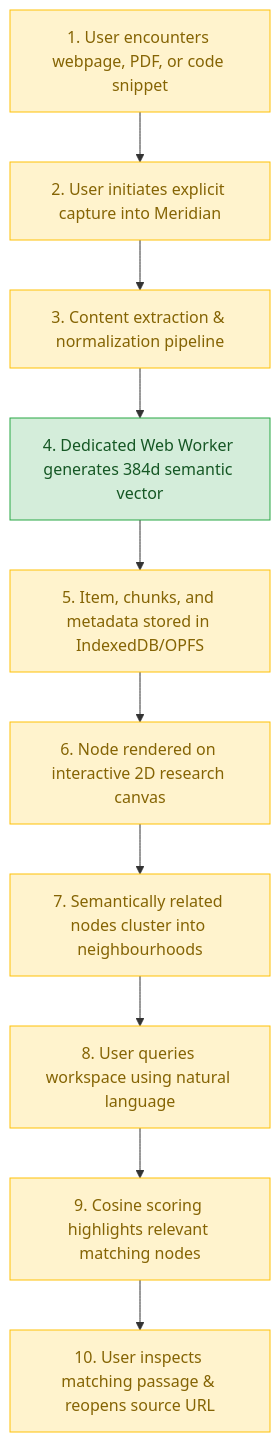
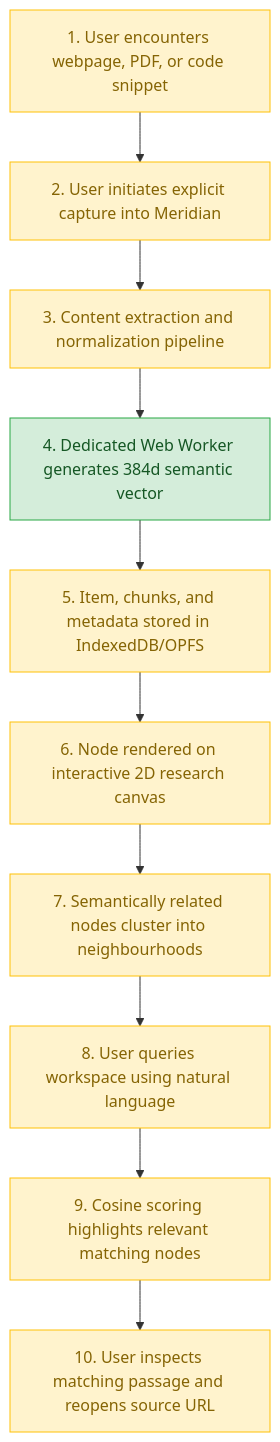
Before and after one commit to rahulxdadwal/UCS503p-202627-MERIDIAN: the diagram in docs/pages/problem-users.md, drawn with Mermaid. The commit also changed 1 other file, not shown here.

Commit message:
fix(docs): fix Mermaid diagram syntax in progress and problem-users pages

````diff
--- a/docs/pages/problem-users.md
+++ b/docs/pages/problem-users.md
@@ -96,17 +96,17 @@
 ```mermaid
 graph TD
-    A[1. User encounters webpage, PDF, or code snippet] --> B[2. User initiates explicit capture into Meridian]
-    B --> C[3. Content extraction & normalization pipeline]
-    C --> D[4. Dedicated Web Worker generates 384d semantic vector]
-    D --> E[5. Item, chunks, and metadata stored in IndexedDB/OPFS]
-    E --> F[6. Node rendered on interactive 2D research canvas]
-    F --> G[7. Semantically related nodes cluster into neighbourhoods]
-    G --> H[8. User queries workspace using natural language]
-    H --> I[9. Cosine scoring highlights relevant matching nodes]
-    I --> J[10. User inspects matching passage & reopens source URL]
+    A["1. User encounters webpage, PDF, or code snippet"] --> B["2. User initiates explicit capture into Meridian"]
+    B --> C["3. Content extraction and normalization pipeline"]
+    C --> D["4. Dedicated Web Worker generates 384d semantic vector"]
+    D --> E["5. Item, chunks, and metadata stored in IndexedDB/OPFS"]
+    E --> F["6. Node rendered on interactive 2D research canvas"]
+    F --> G["7. Semantically related nodes cluster into neighbourhoods"]
+    G --> H["8. User queries workspace using natural language"]
+    H --> I["9. Cosine scoring highlights relevant matching nodes"]
+    I --> J["10. User inspects matching passage and reopens source URL"]
 
     classDef done fill:#d4edda,stroke:#28a745,color:#155724;
     classDef planned fill:#fff3cd,stroke:#ffc107,color:#856404;
     class D done;
     class A,B,C,E,F,G,H,I,J planned;
 ```
````
